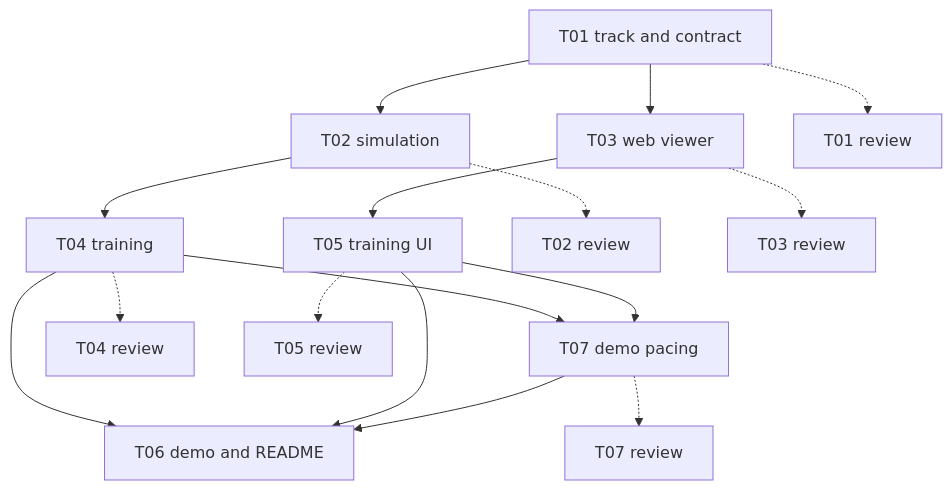
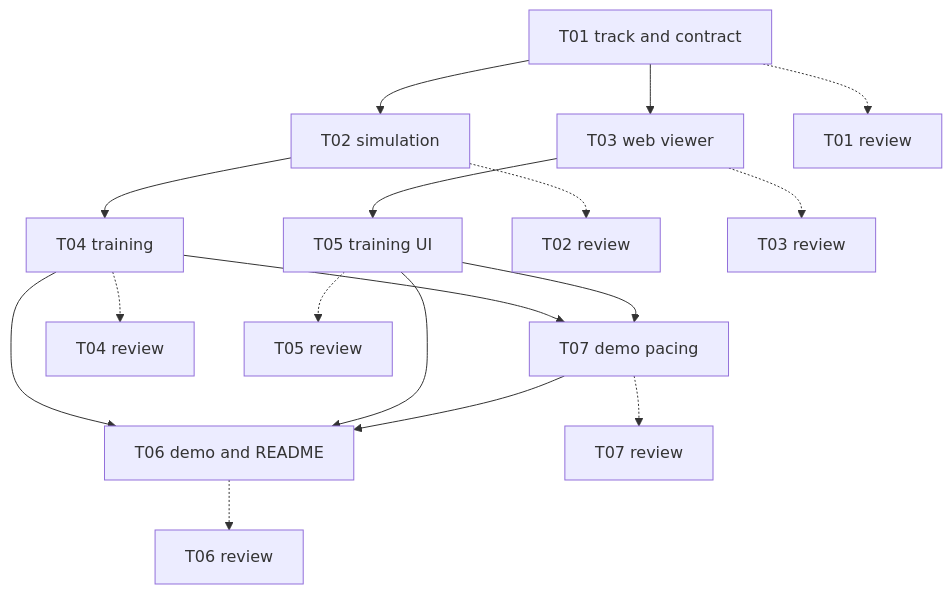
One commit to PasekPasek/self-driving-poc changed the diagram in README.md. Above: the diagram before and after it, drawn with Mermaid. The commit also changed other lines of this file and 1 other file, not shown here.

Commit message:
T06 Make test self-contained, add PORT, and polish README for the final review

````diff
--- a/README.md
+++ b/README.md
@@ -209,18 +217,19 @@
 ```mermaid
 graph TD
   T01[T01 track and contract] --> T02[T02 simulation]
   T01 --> T03[T03 web viewer]
   T02 --> T04[T04 training]
   T03 --> T05[T05 training UI]
   T04 --> T07[T07 demo pacing]
   T05 --> T07
   T04 --> T06[T06 demo and README]
   T05 --> T06
   T07 --> T06
   T01 -.-> R1[T01 review]
   T02 -.-> R2[T02 review]
   T03 -.-> R3[T03 review]
   T04 -.-> R4[T04 review]
   T05 -.-> R5[T05 review]
   T07 -.-> R7[T07 review]
+  T06 -.-> R6[T06 review]
 ```
````
